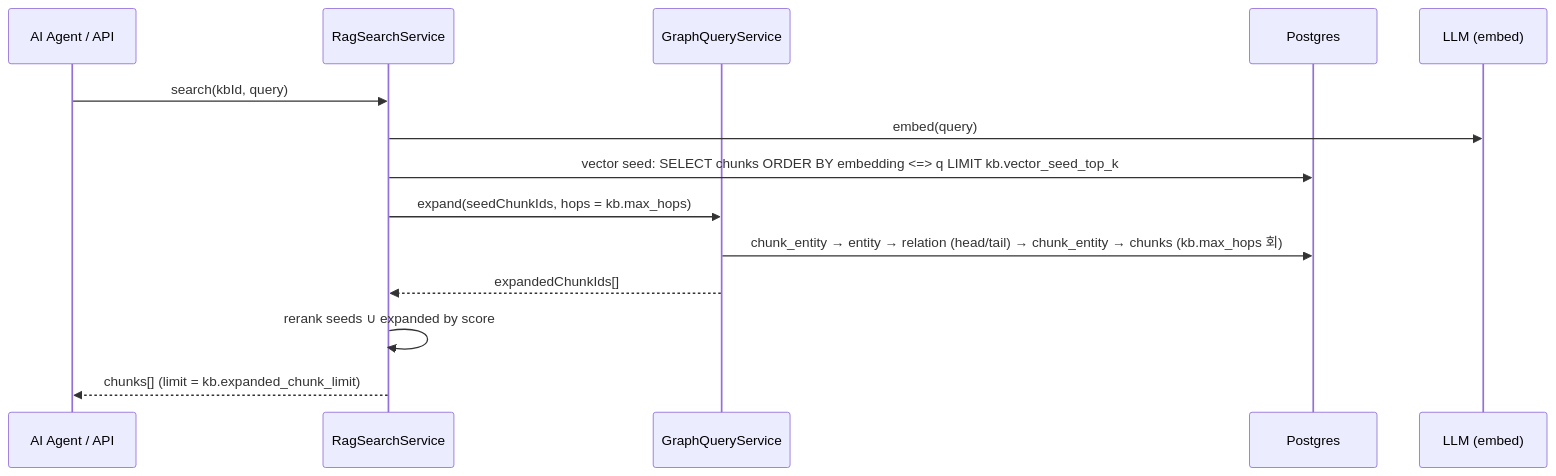
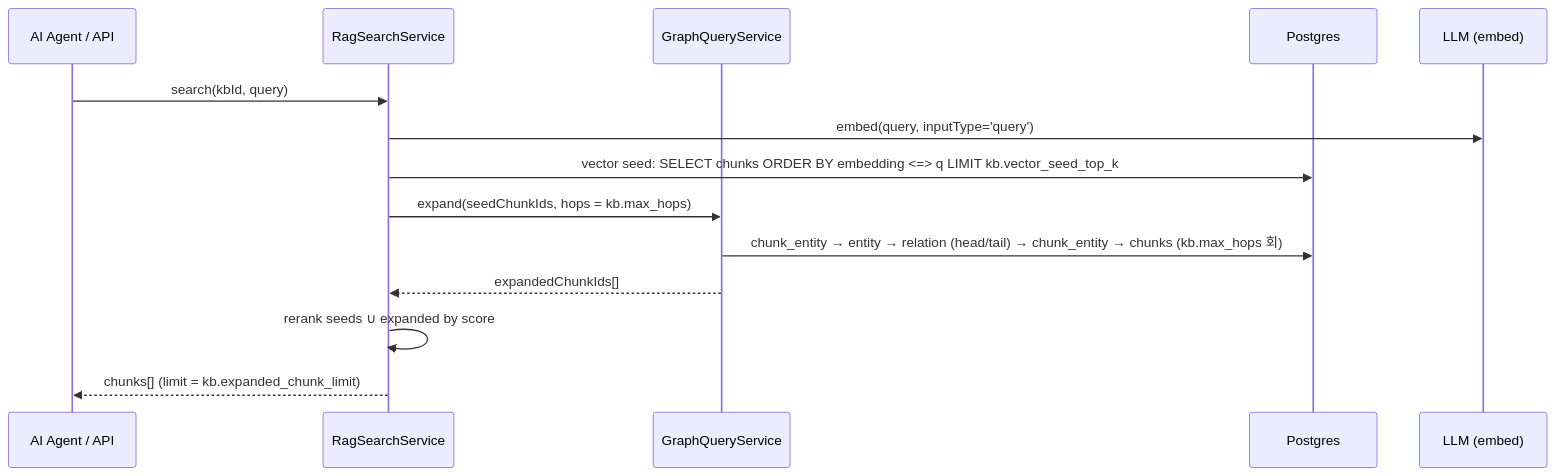
Before and after one commit to worker-ants/clemvion: the fourth of 5 diagrams in spec/data-flow/6-knowledge-base.md, drawn with Mermaid. The commit also changed other lines of this file and 36 other files, not shown here.

First line of the commit message:
test(embedding): P6 임베딩 모델 UX 리뷰 후속 — inputType 테스트 강화 + spec 폴리시 + 추천 배지 정비 (#497)

````diff
--- a/spec/data-flow/6-knowledge-base.md
+++ b/spec/data-flow/6-knowledge-base.md
@@ -125,17 +126,17 @@
 ```mermaid
 sequenceDiagram
   participant H as AI Agent / API
   participant R as RagSearchService
   participant G as GraphQueryService
   participant PG as Postgres
   participant LLM as LLM (embed)
 
   H->>R: search(kbId, query)
-  R->>LLM: embed(query)
+  R->>LLM: embed(query, inputType='query')
   R->>PG: vector seed: SELECT chunks ORDER BY embedding <=> q LIMIT kb.vector_seed_top_k
   R->>G: expand(seedChunkIds, hops = kb.max_hops)
   G->>PG: chunk_entity → entity → relation (head/tail) → chunk_entity → chunks (kb.max_hops 회)
   G-->>R: expandedChunkIds[]
   R->>R: rerank seeds ∪ expanded by score
   R-->>H: chunks[] (limit = kb.expanded_chunk_limit)
 ```
````
